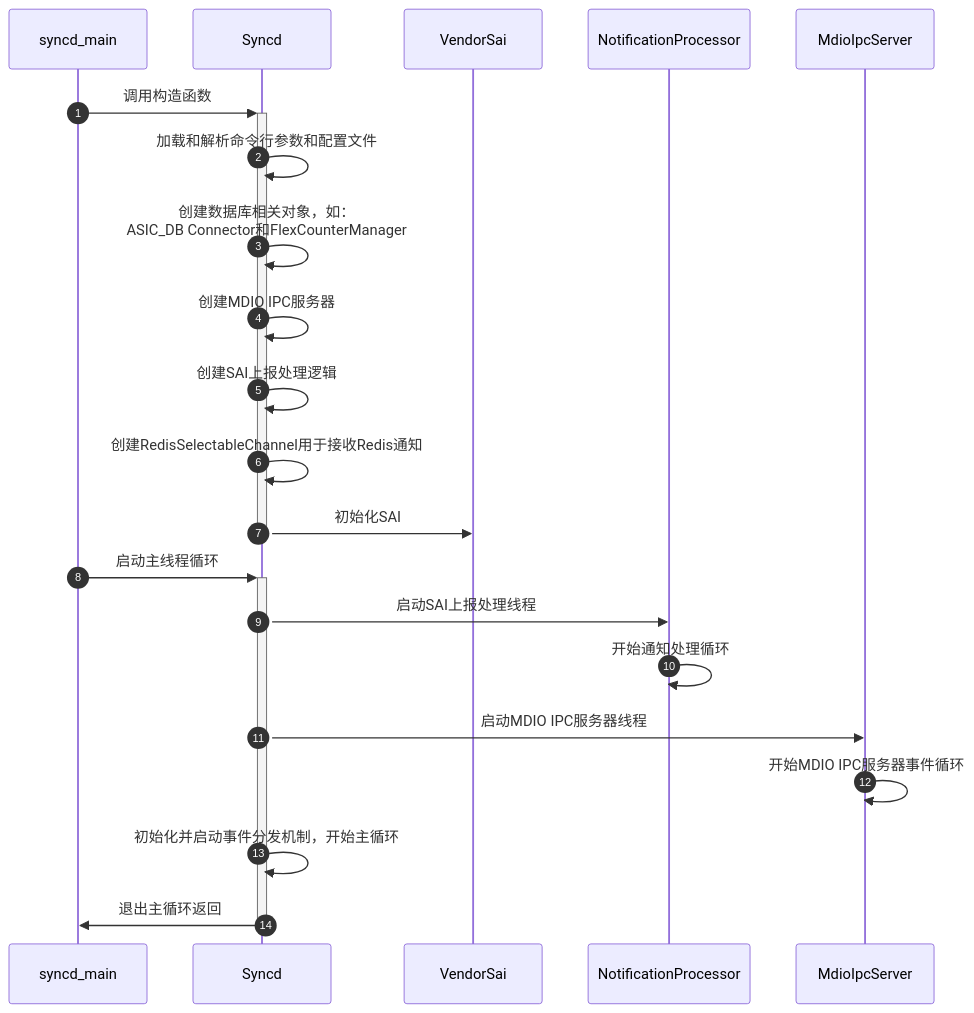
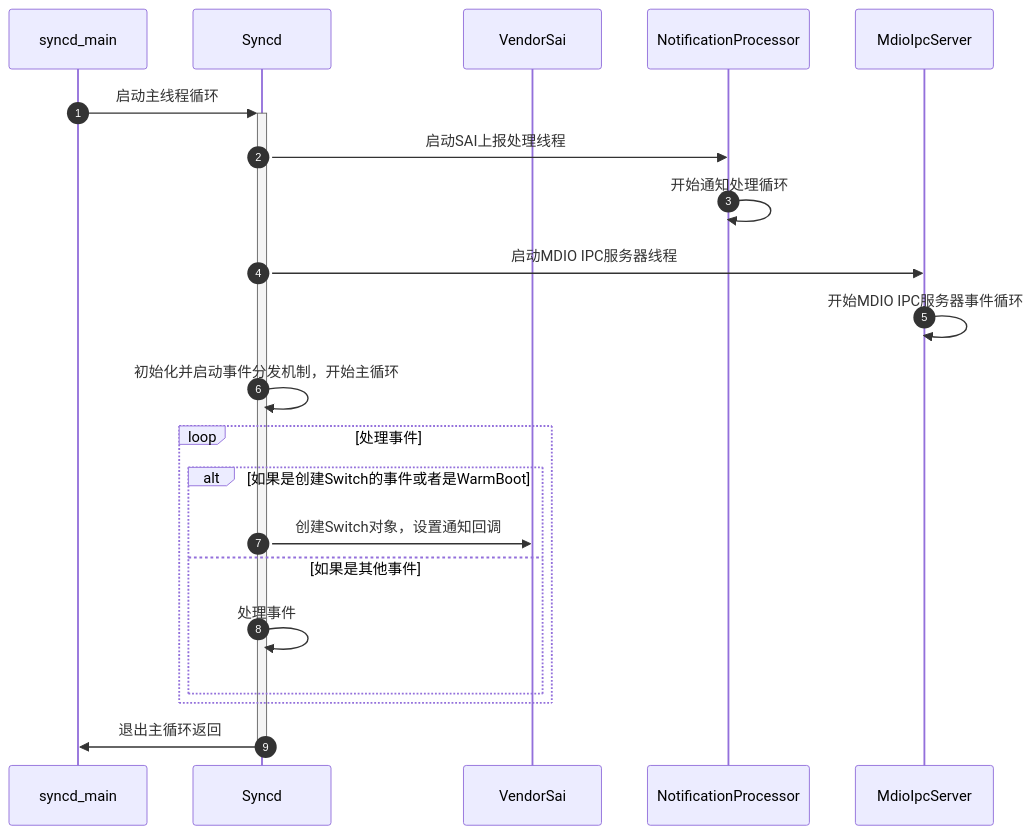
Before and after one commit to r12f/sonic-book: the second of 4 diagrams in src/5-1-syncd-sai-workflow.md, drawn with Mermaid. The commit also changed other lines of this file, not shown here.

Commit message:
SAI notification handling.

````diff
--- a/src/5-1-syncd-sai-workflow.md
+++ b/src/5-1-syncd-sai-workflow.md
@@ -11,26 +31,26 @@
 ```mermaid
 sequenceDiagram
     autonumber
     participant SDM as syncd_main
     participant SD as Syncd
     participant SAI as VendorSai
     participant NP as NotificationProcessor
     participant MIS as MdioIpcServer
 
-    SDM->>+SD: 调用构造函数
-    SD->>SD: 加载和解析命令行参数和配置文件
-    SD->>SD: 创建数据库相关对象，如：<br/>ASIC_DB Connector和FlexCounterManager
-    SD->>SD: 创建MDIO IPC服务器
-    SD->>SD: 创建SAI上报处理逻辑
-    SD->>SD: 创建RedisSelectableChannel用于接收Redis通知
-    SD->>-SAI: 初始化SAI
-
     SDM->>+SD: 启动主线程循环
     SD->>NP: 启动SAI上报处理线程
     NP->>NP: 开始通知处理循环
     SD->>MIS: 启动MDIO IPC服务器线程
     MIS->>MIS: 开始MDIO IPC服务器事件循环
     SD->>SD: 初始化并启动事件分发机制，开始主循环
 
+    loop 处理事件
+        alt 如果是创建Switch的事件或者是WarmBoot
+            SD->>SAI: 创建Switch对象，设置通知回调
+        else 如果是其他事件
+            SD->>SD: 处理事件
+        end
+    end
+
     SD->>-SDM: 退出主循环返回
 ```
````
